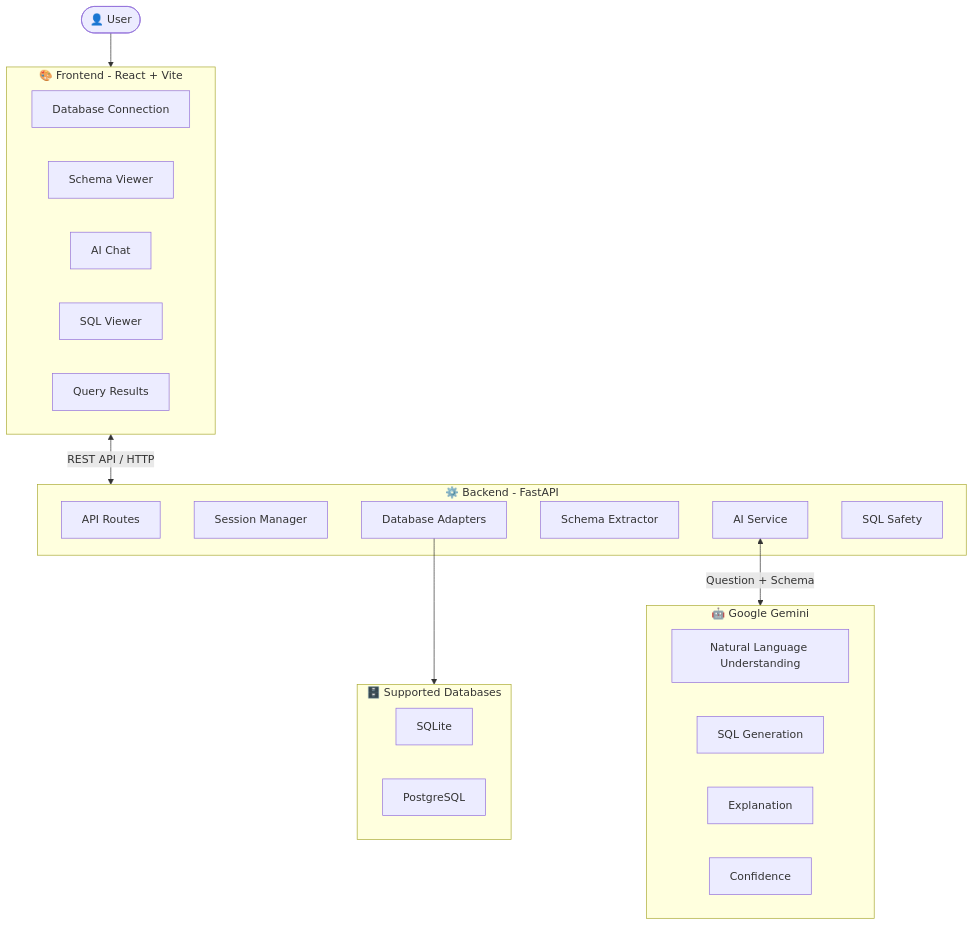
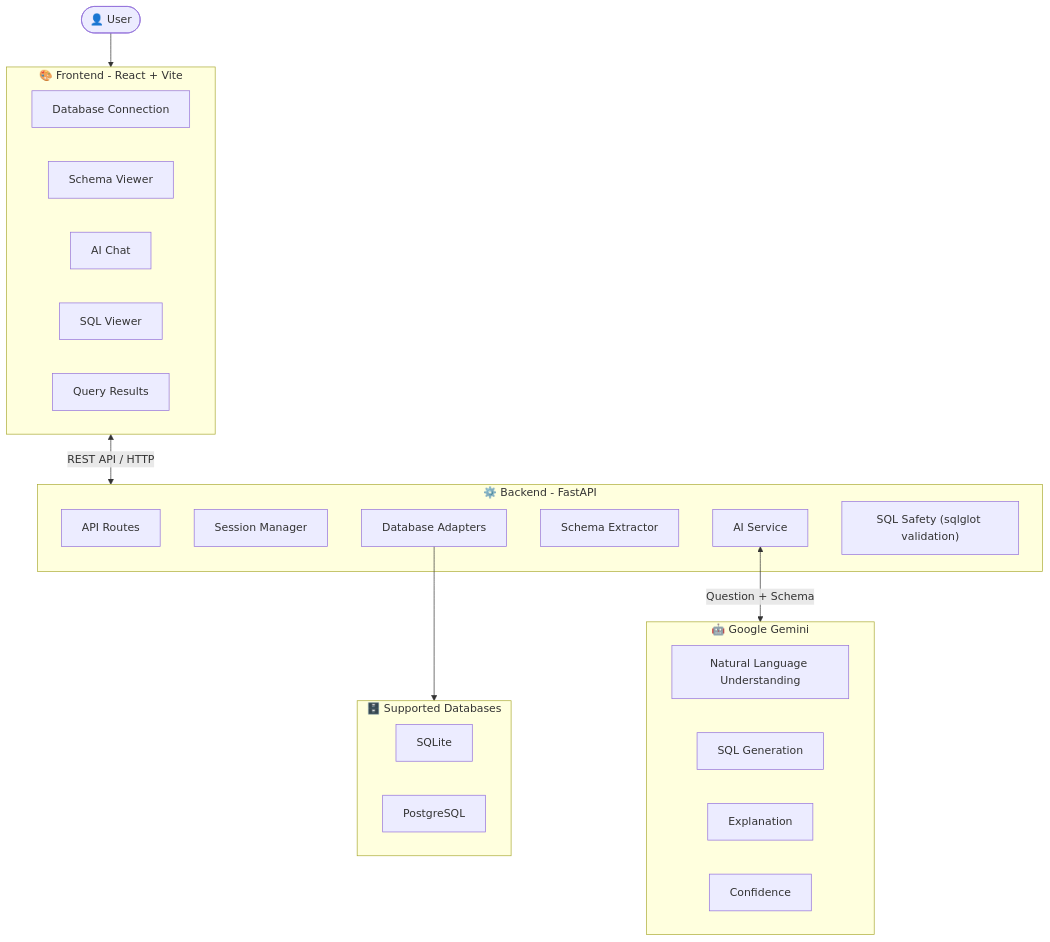
The diagram in README.md (dyson-025/LazyQL), drawn with Mermaid before and after one commit. The commit also changed other lines of this file, not shown here.

````diff
--- a/README.md
+++ b/README.md
@@ -320,40 +312,40 @@
 ```mermaid
 flowchart TD
 
     User([👤 User]) --> FE
 
     subgraph FE ["🎨 Frontend - React + Vite"]
         F1["Database Connection"]
         F2["Schema Viewer"]
         F3["AI Chat"]
         F4["SQL Viewer"]
         F5["Query Results"]
     end
 
     FE <-->|"REST API / HTTP"| BE
 
     subgraph BE ["⚙️ Backend - FastAPI"]
         B1["API Routes"]
         B2["Session Manager"]
         B3["Database Adapters"]
         B4["Schema Extractor"]
         B5["AI Service"]
-        B6["SQL Safety"]
+        B6["SQL Safety (sqlglot validation)"]
     end
 
     B5 <-->|"Question + Schema"| AI
 
     subgraph AI ["🤖 Google Gemini"]
         A1["Natural Language Understanding"]
         A2["SQL Generation"]
         A3["Explanation"]
         A4["Confidence"]
     end
 
     B3 --> DB
 
     subgraph DB ["🗄️ Supported Databases"]
         D1["SQLite"]
         D2["PostgreSQL"]
     end
 ```
````
